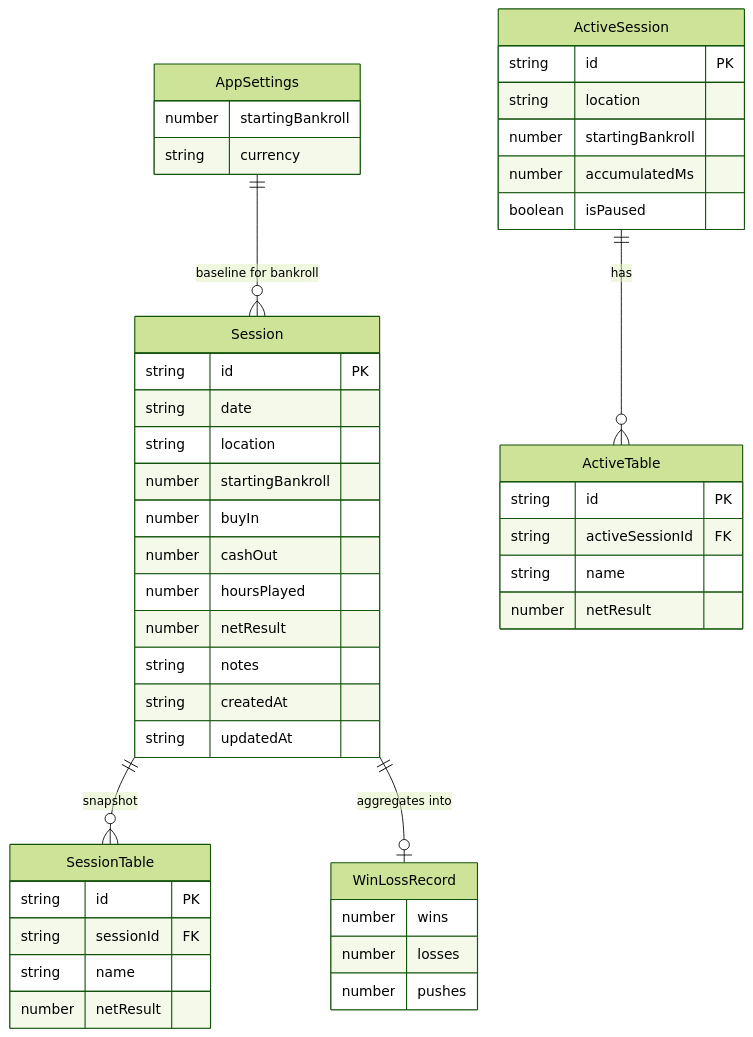
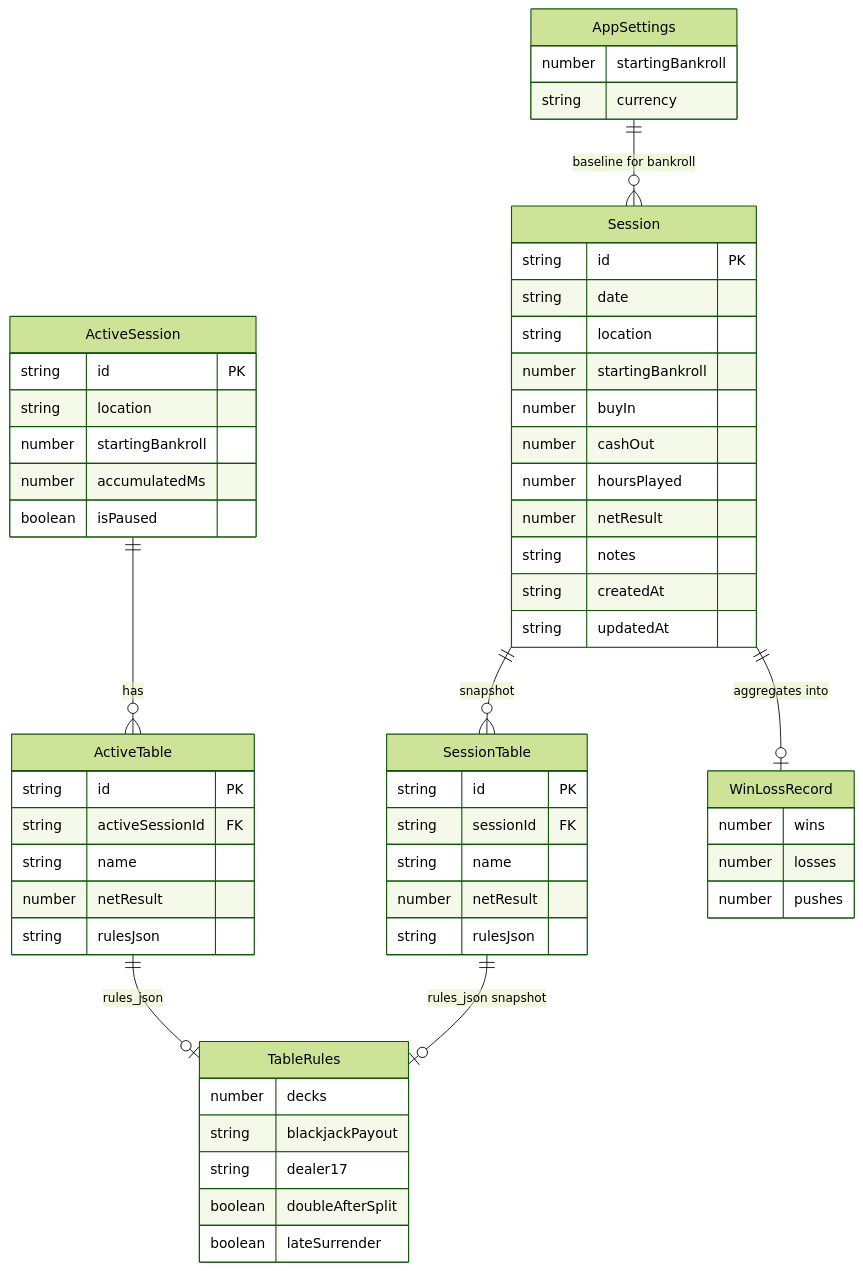
One commit to Trevor5008/StackTrack changed the first of 2 diagrams in docs/schema.md. Above: the diagram before and after it, drawn with Mermaid (forest theme). The commit also changed other lines of this file and 10 other files, not shown here.

Commit message:
feat: add editable table rules for live sesions Persist decks, payout, S17/H17, DAS, and late surrender in rules_json Show a read-only summary on session detail Updated flow, schema and README

````diff
--- a/docs/schema.md
+++ b/docs/schema.md
@@ -173,48 +187,59 @@
 ```mermaid
 erDiagram
   AppSettings ||--o{ Session : "baseline for bankroll"
   ActiveSession ||--o{ ActiveTable : "has"
   Session ||--o{ SessionTable : "snapshot"
+  ActiveTable ||--o| TableRules : "rules_json"
+  SessionTable ||--o| TableRules : "rules_json snapshot"
   Session {
     string id PK
     string date
     string location
     number startingBankroll
     number buyIn
     number cashOut
     number hoursPlayed
     number netResult
     string notes
     string createdAt
     string updatedAt
   }
   ActiveSession {
     string id PK
     string location
     number startingBankroll
     number accumulatedMs
     boolean isPaused
   }
   ActiveTable {
     string id PK
     string activeSessionId FK
     string name
     number netResult
+    string rulesJson
   }
   SessionTable {
     string id PK
     string sessionId FK
     string name
     number netResult
+    string rulesJson
+  }
+  TableRules {
+    number decks
+    string blackjackPayout
+    string dealer17
+    boolean doubleAfterSplit
+    boolean lateSurrender
   }
   AppSettings {
     number startingBankroll
     string currency
   }
   WinLossRecord {
     number wins
     number losses
     number pushes
   }
   Session ||--o| WinLossRecord : "aggregates into"
 ```
````
